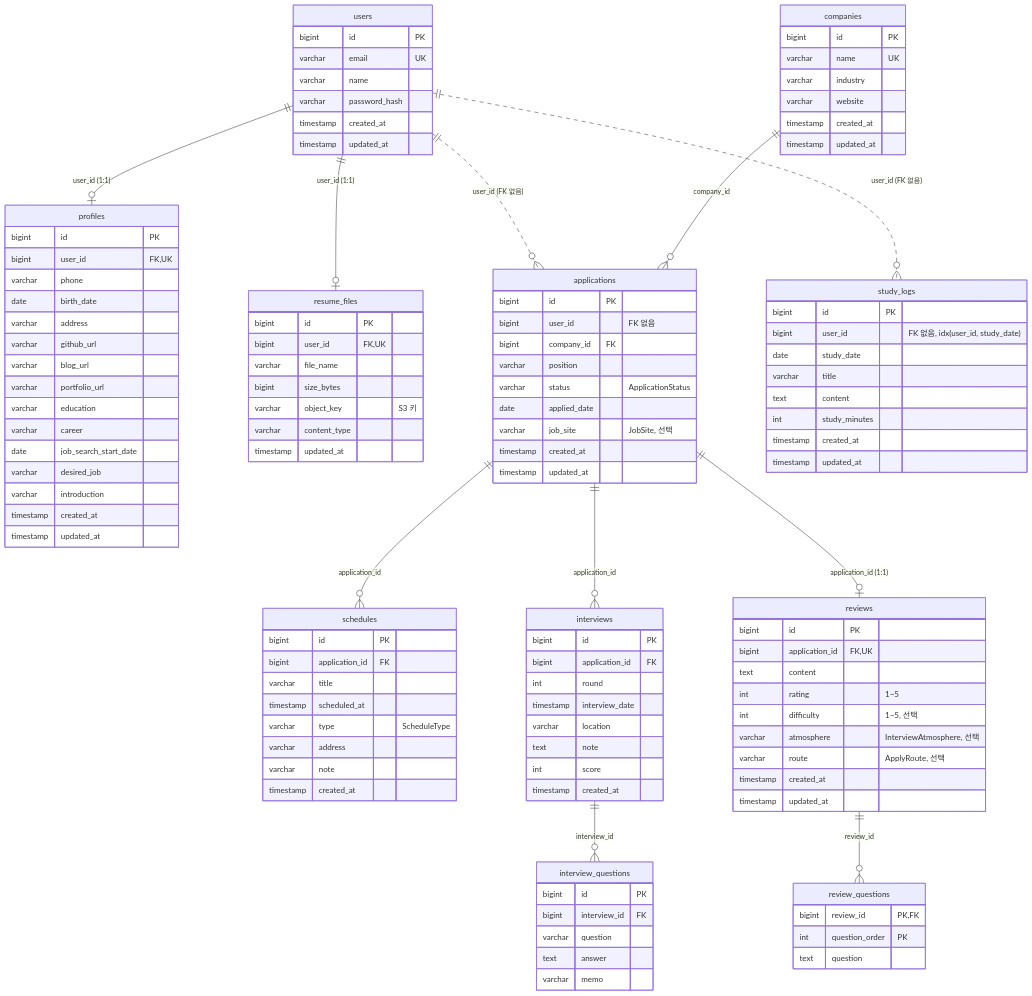
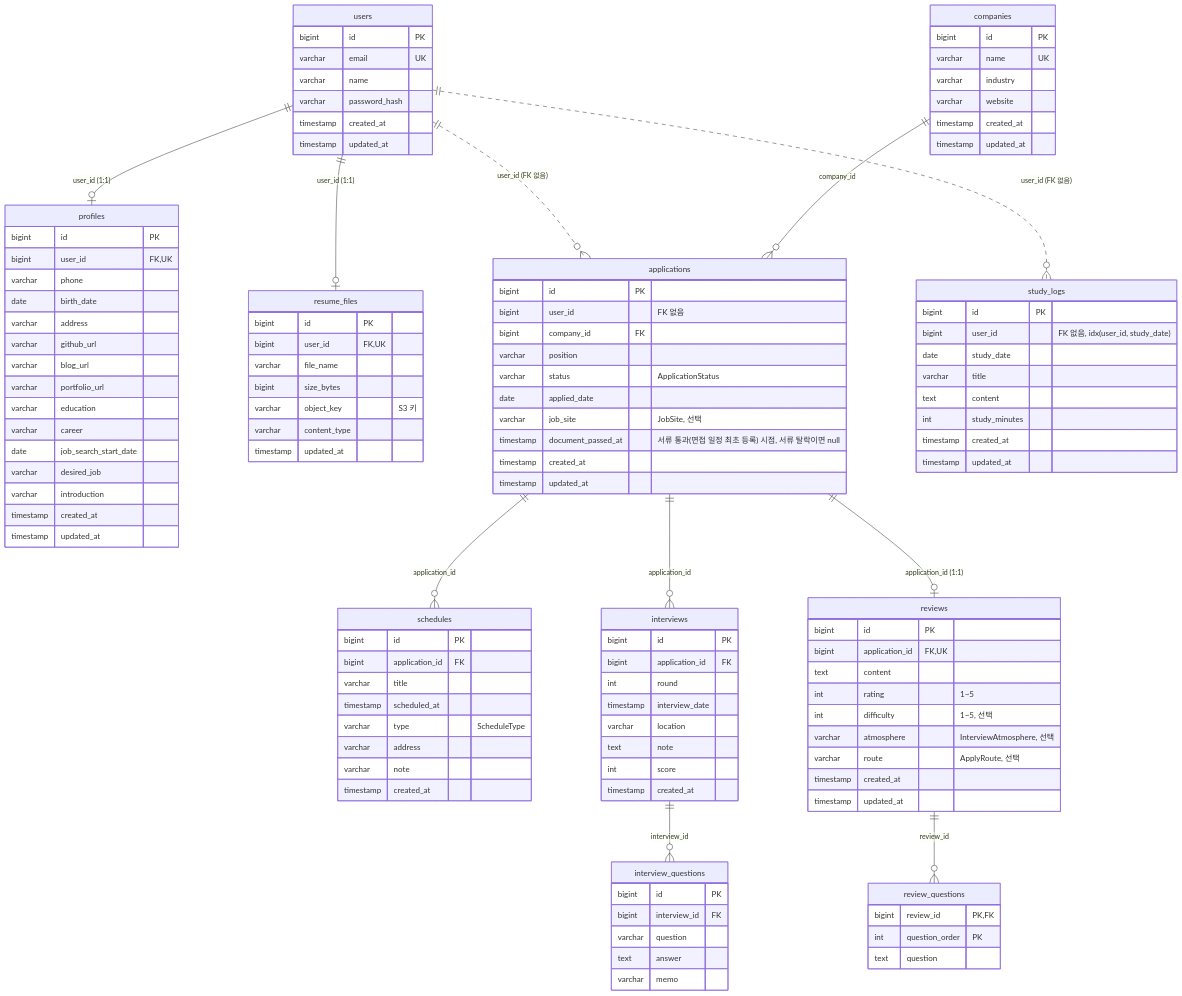
Before and after one commit to MyeongSooJang/job-tracker: the diagram in docs/ERD.md, drawn with Mermaid. The commit also changed 8 other files, not shown here.

```diff
--- a/docs/ERD.md
+++ b/docs/ERD.md
@@ -65,6 +65,7 @@
         varchar status "ApplicationStatus"
         date applied_date
         varchar job_site "JobSite, 선택"
+        timestamp document_passed_at "서류 통과(면접 일정 최초 등록) 시점, 서류 탈락이면 null"
         timestamp created_at
         timestamp updated_at
     }
```
